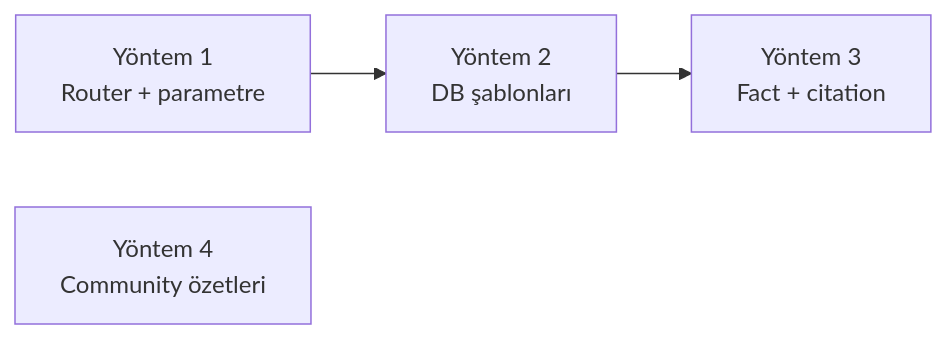
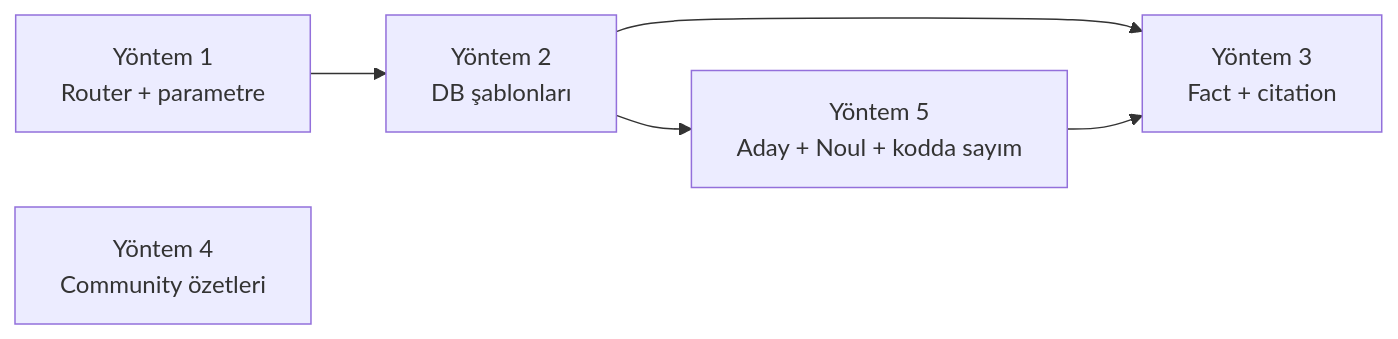
The third of 3 diagrams in graphrag_neo4j_laya/AGGREGATION_METHODS.md (ismail-codar/laya-jev-GraphRAG), drawn with Mermaid before and after one commit. The commit also changed other lines of this file, not shown here.

````diff
--- a/graphrag_neo4j_laya/AGGREGATION_METHODS.md
+++ b/graphrag_neo4j_laya/AGGREGATION_METHODS.md
@@ -373,6 +502,8 @@
 ```mermaid
 flowchart LR
     M1[Yöntem 1<br/>Router + parametre] --> M2[Yöntem 2<br/>DB şablonları]
     M2 --> M3[Yöntem 3<br/>Fact + citation]
+    M2 --> M5[Yöntem 5<br/>Aday + Noul + kodda sayım]
+    M5 --> M3
     M4[Yöntem 4<br/>Community özetleri]
 ```
````
